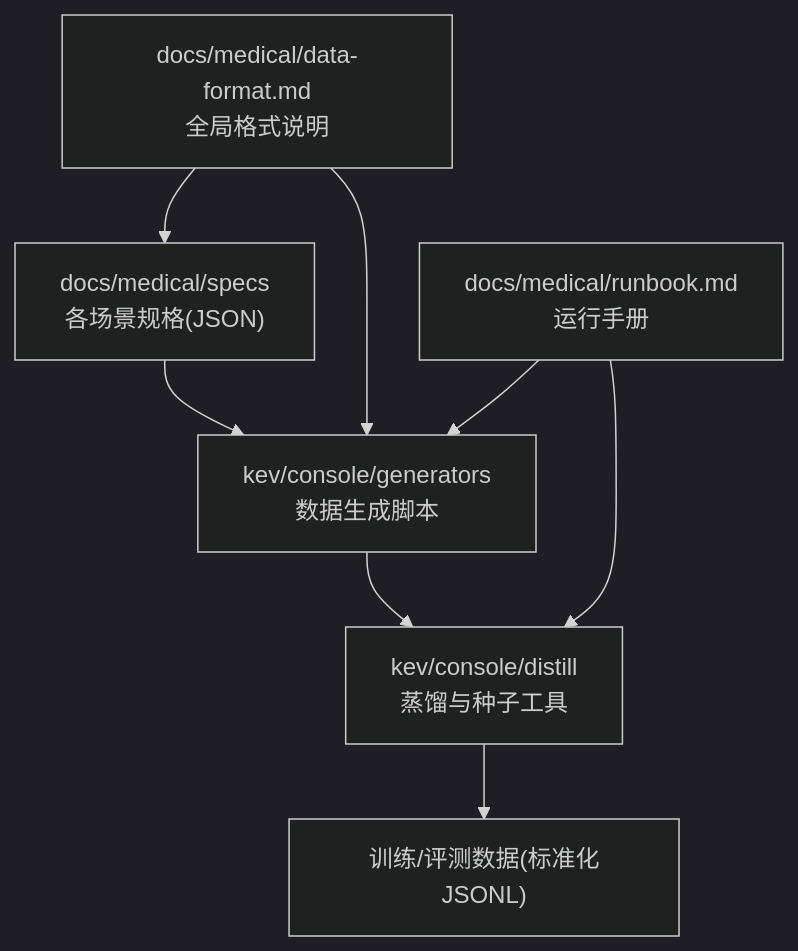
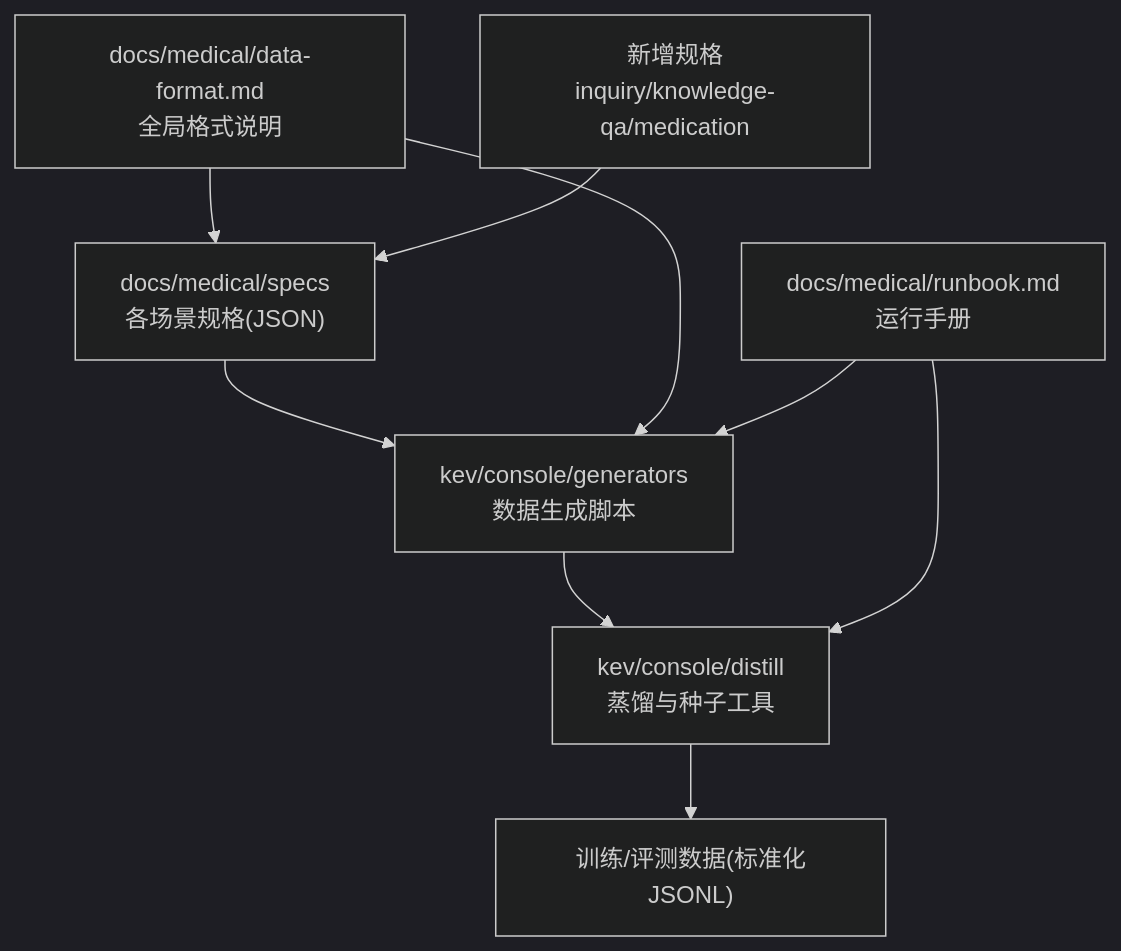
One commit to joezxh/kev changed the first of 7 diagrams in .qoder/repowiki/zh/content/训练框架/数据准备/医疗数据格式规范.md. Above: the diagram before and after it, drawn with Mermaid (dark theme). The commit also changed other lines of this file and 220 other files, not shown here.

````diff
--- a/.qoder/repowiki/zh/content/训练框架/数据准备/医疗数据格式规范.md
+++ b/.qoder/repowiki/zh/content/训练框架/数据准备/医疗数据格式规范.md
@@ -48,10 +63,11 @@
 ```mermaid
 graph TB
 A["docs/medical/specs<br/>各场景规格(JSON)"] --> B["kev/console/generators<br/>数据生成脚本"]
 B --> C["kev/console/distill<br/>蒸馏与种子工具"]
 C --> D["训练/评测数据(标准化JSONL)"]
 E["docs/medical/data-format.md<br/>全局格式说明"] --> A
 E --> B
 F["docs/medical/runbook.md<br/>运行手册"] --> B
 F --> C
+G["新增规格<br/>inquiry/knowledge-qa/medication"] --> A
 ```
````
